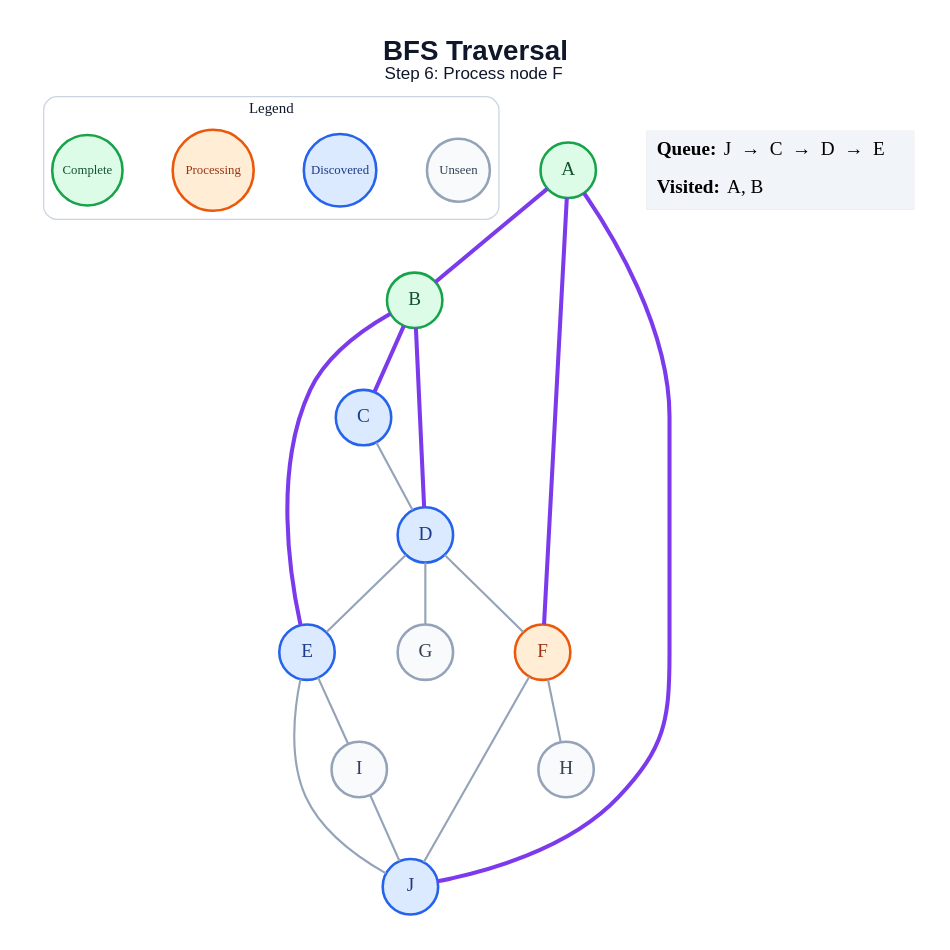
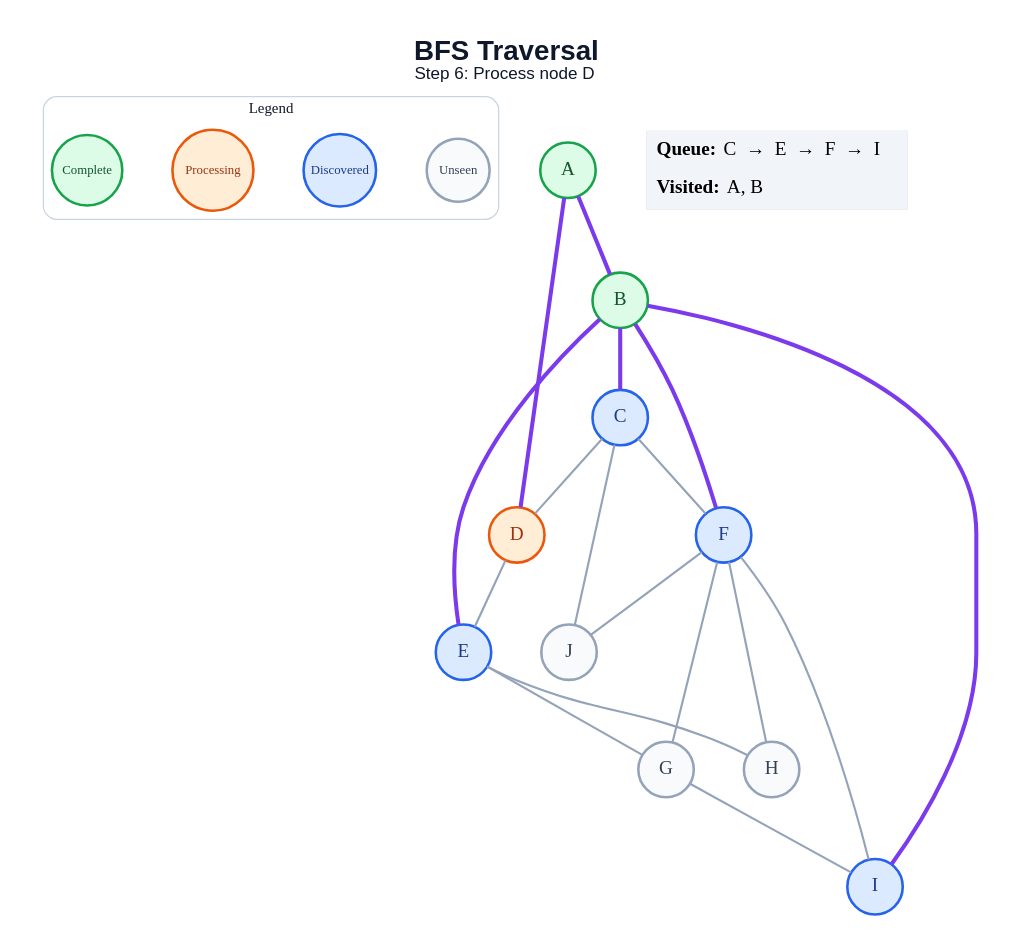
Before and after one commit to anon7238593-create/ai-slop: the diagram in generated/bfs/step_06.dot, drawn with Graphviz. The commit also changed 178 other files, not shown here.

```diff
--- a/generated/bfs/step_06.dot
+++ b/generated/bfs/step_06.dot
@@ -1,44 +1,46 @@
 graph traversal {
   graph [layout=dot, rankdir=TB, bgcolor="#FFFFFF", pad="0.35", nodesep="0.65", ranksep="0.8", fontname="Arial"];
   node [shape=circle, style="filled", fontname="Arial Bold", fontsize=18, width=0.72, fixedsize=true, penwidth=2.4];
   edge [color="#94A3B8", penwidth=2.0];
-  label=<<B>BFS Traversal</B><BR/><FONT POINT-SIZE="16">Step 6: Process node F</FONT>>; labelloc="t"; fontsize=26; fontname="Arial"; fontcolor="#0F172A";
+  label=<<B>BFS Traversal</B><BR/><FONT POINT-SIZE="16">Step 6: Process node D</FONT>>; labelloc="t"; fontsize=26; fontname="Arial"; fontcolor="#0F172A";
   subgraph cluster_legend { label="Legend"; color="#CBD5E1"; penwidth=1.2; style="rounded"; fontsize=14; fontname="Arial Bold";
     key_unseen [label="Unseen", fillcolor="#F8FAFC", color="#94A3B8", fontcolor="#334155", fontsize=12, width=0.82];
     key_frontier [label="Discovered", fillcolor="#DBEAFE", color="#2563EB", fontcolor="#1E3A8A", fontsize=12, width=0.95];
     key_current [label="Processing", fillcolor="#FFEDD5", color="#EA580C", fontcolor="#9A3412", fontsize=12, width=1.05];
     key_done [label="Complete", fillcolor="#DCFCE7", color="#16A34A", fontcolor="#14532D", fontsize=12, width=0.92];
     { rank=same; key_unseen; key_frontier; key_current; key_done; }
   }
   A [fillcolor="#DCFCE7", color="#16A34A", fontcolor="#14532D"];
   B [fillcolor="#DCFCE7", color="#16A34A", fontcolor="#14532D"];
   C [fillcolor="#DBEAFE", color="#2563EB", fontcolor="#1E3A8A"];
-  D [fillcolor="#DBEAFE", color="#2563EB", fontcolor="#1E3A8A"];
+  D [fillcolor="#FFEDD5", color="#EA580C", fontcolor="#9A3412"];
   E [fillcolor="#DBEAFE", color="#2563EB", fontcolor="#1E3A8A"];
-  F [fillcolor="#FFEDD5", color="#EA580C", fontcolor="#9A3412"];
+  F [fillcolor="#DBEAFE", color="#2563EB", fontcolor="#1E3A8A"];
   G [fillcolor="#F8FAFC", color="#94A3B8", fontcolor="#334155"];
   H [fillcolor="#F8FAFC", color="#94A3B8", fontcolor="#334155"];
-  I [fillcolor="#F8FAFC", color="#94A3B8", fontcolor="#334155"];
-  J [fillcolor="#DBEAFE", color="#2563EB", fontcolor="#1E3A8A"];
+  I [fillcolor="#DBEAFE", color="#2563EB", fontcolor="#1E3A8A"];
+  J [fillcolor="#F8FAFC", color="#94A3B8", fontcolor="#334155"];
   A -- B [color="#7C3AED", penwidth=3.8];
-  A -- F [color="#7C3AED", penwidth=3.8];
-  A -- J [color="#7C3AED", penwidth=3.8];
+  A -- D [color="#7C3AED", penwidth=3.8];
   B -- C [color="#7C3AED", penwidth=3.8];
-  B -- D [color="#7C3AED", penwidth=3.8];
   B -- E [color="#7C3AED", penwidth=3.8];
+  B -- F [color="#7C3AED", penwidth=3.8];
+  B -- I [color="#7C3AED", penwidth=3.8];
   C -- D;
+  C -- F;
+  C -- J;
   D -- E;
-  D -- F;
-  D -- G;
-  E -- I;
-  E -- J;
+  E -- G;
+  E -- H;
+  F -- G;
   F -- H;
+  F -- I;
   F -- J;
-  I -- J;
+  G -- I;
   status [shape=plain, fixedsize=false, width=0, height=0, margin=0, label=<
     <TABLE BORDER="0" CELLBORDER="0" CELLPADDING="7" BGCOLOR="#F1F5F9">
-      <TR><TD ALIGN="LEFT"><B>Queue:</B> J  →  C  →  D  →  E</TD></TR>
+      <TR><TD ALIGN="LEFT"><B>Queue:</B> C  →  E  →  F  →  I</TD></TR>
       <TR><TD ALIGN="LEFT"><B>Visited:</B> A, B</TD></TR>
     </TABLE>
   >];
 }
```
